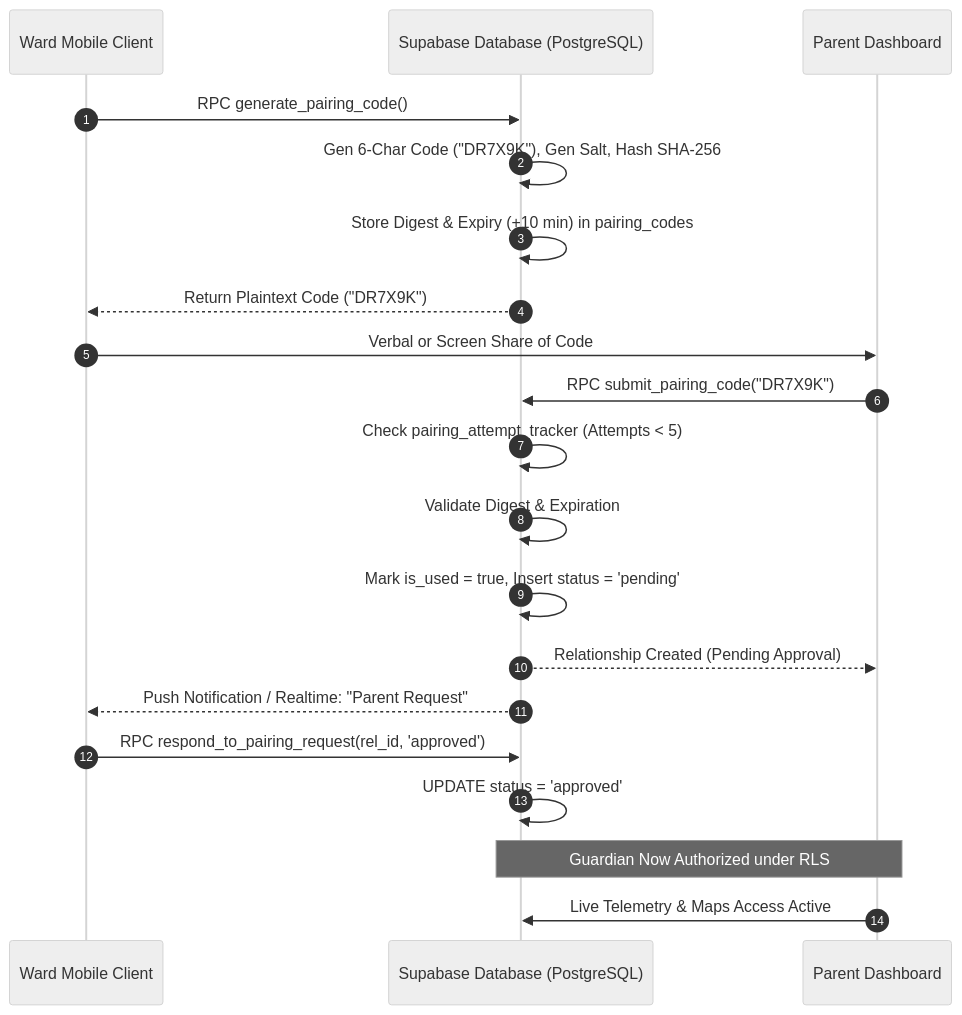
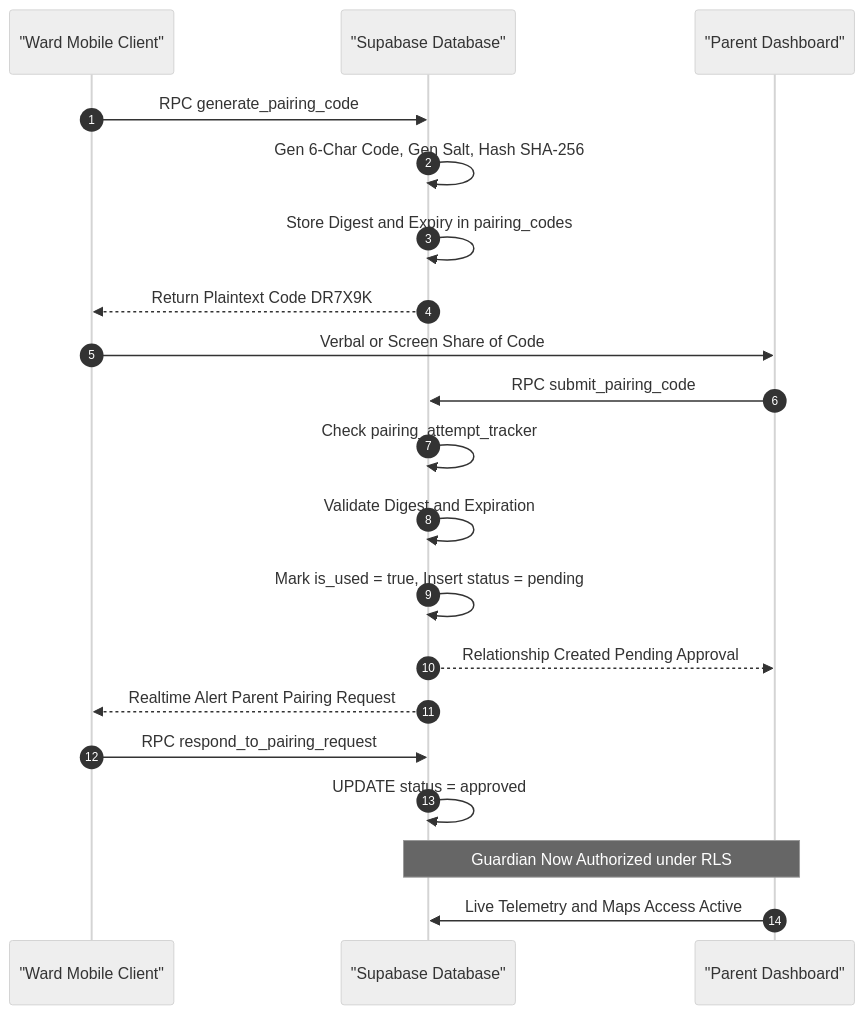
The diagram in docs/backend/guardian-pairing.md (chetanngavali/DrishtiAi), drawn with Mermaid (neutral theme) before and after one commit. The commit also changed 17 other files, not shown here.

Commit message:
docs: sanitize all Mermaid diagram syntax for GitHub markdown renderer

````diff
--- a/docs/backend/guardian-pairing.md
+++ b/docs/backend/guardian-pairing.md
@@ -12,23 +12,23 @@
 ```mermaid
 sequenceDiagram
     autonumber
-    participant Ward as Ward Mobile Client
-    participant Supa as Supabase Database (PostgreSQL)
-    participant Parent as Parent Dashboard
+    participant Ward as "Ward Mobile Client"
+    participant Supa as "Supabase Database"
+    participant Parent as "Parent Dashboard"
 
-    Ward->>Supa: RPC generate_pairing_code()
-    Supa->>Supa: Gen 6-Char Code ("DR7X9K"), Gen Salt, Hash SHA-256
-    Supa->>Supa: Store Digest & Expiry (+10 min) in pairing_codes
-    Supa-->>Ward: Return Plaintext Code ("DR7X9K")
+    Ward->>Supa: RPC generate_pairing_code
+    Supa->>Supa: Gen 6-Char Code, Gen Salt, Hash SHA-256
+    Supa->>Supa: Store Digest and Expiry in pairing_codes
+    Supa-->>Ward: Return Plaintext Code DR7X9K
     Ward->>Parent: Verbal or Screen Share of Code
-    Parent->>Supa: RPC submit_pairing_code("DR7X9K")
-    Supa->>Supa: Check pairing_attempt_tracker (Attempts < 5)
-    Supa->>Supa: Validate Digest & Expiration
-    Supa->>Supa: Mark is_used = true, Insert status = 'pending'
-    Supa-->>Parent: Relationship Created (Pending Approval)
-    Supa-->>Ward: Push Notification / Realtime: "Parent Request"
-    Ward->>Supa: RPC respond_to_pairing_request(rel_id, 'approved')
-    Supa->>Supa: UPDATE status = 'approved'
+    Parent->>Supa: RPC submit_pairing_code
+    Supa->>Supa: Check pairing_attempt_tracker
+    Supa->>Supa: Validate Digest and Expiration
+    Supa->>Supa: Mark is_used = true, Insert status = pending
+    Supa-->>Parent: Relationship Created Pending Approval
+    Supa-->>Ward: Realtime Alert Parent Pairing Request
+    Ward->>Supa: RPC respond_to_pairing_request
+    Supa->>Supa: UPDATE status = approved
     Note over Parent,Supa: Guardian Now Authorized under RLS
-    Parent->>Supa: Live Telemetry & Maps Access Active
+    Parent->>Supa: Live Telemetry and Maps Access Active
 ```
````
